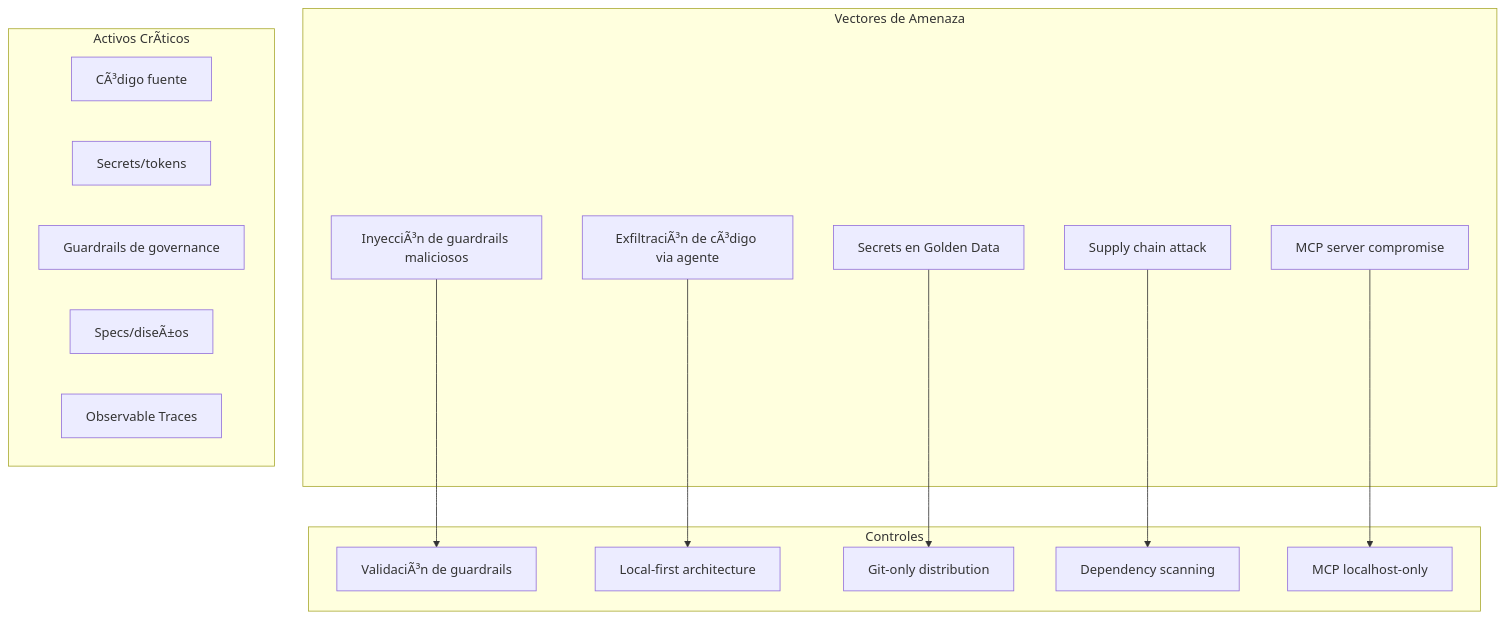
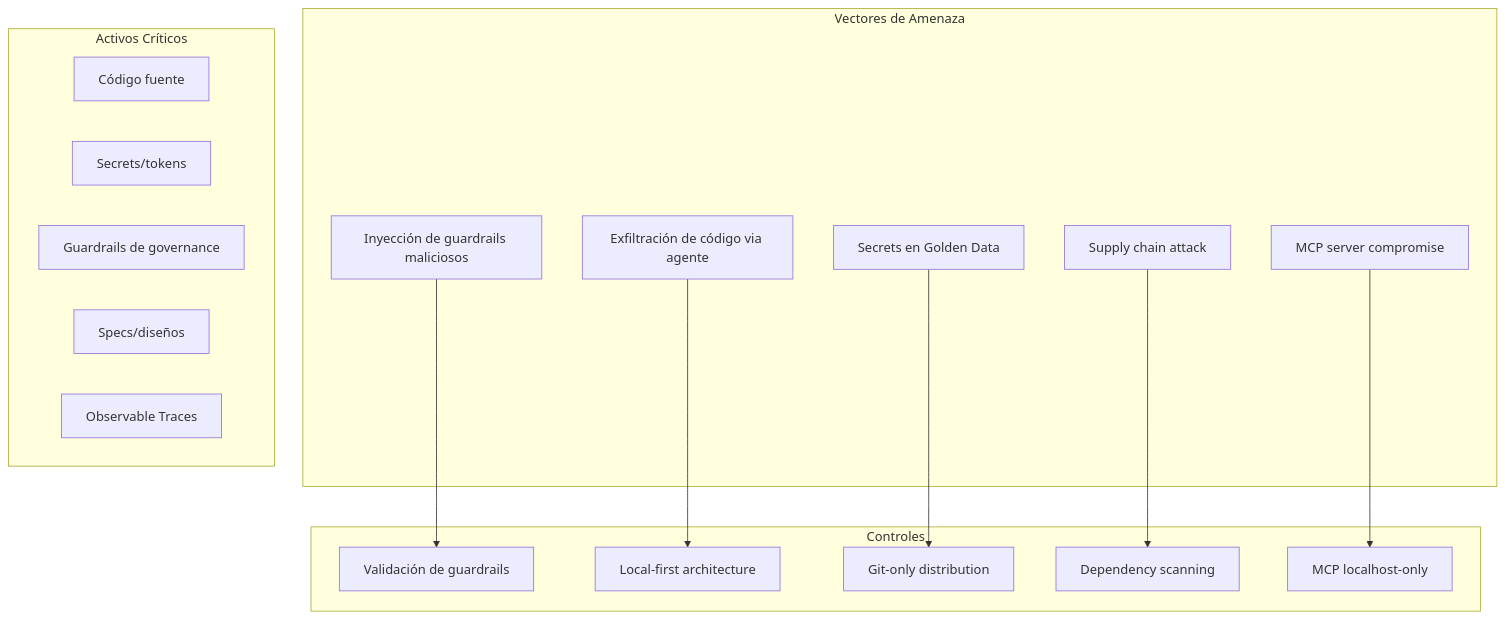
Before and after one commit to humansys/raise: the first of 4 diagrams in docs/framework/v2/13-security-compliance-v2_1.md, drawn with Mermaid. The commit also changed other lines of this file and 9 other files, not shown here.

````diff
--- a/docs/framework/v2/13-security-compliance-v2_1.md
+++ b/docs/framework/v2/13-security-compliance-v2_1.md
@@ -12,32 +12,32 @@
 ```mermaid
 flowchart TB
     subgraph Threats["Vectores de Amenaza"]
-        T1[InyecciÃ³n de guardrails maliciosos]
-        T2[ExfiltraciÃ³n de cÃ³digo via agente]
+        T1[Inyección de guardrails maliciosos]
+        T2[Exfiltración de código via agente]
         T3[Secrets en Golden Data]
         T4[Supply chain attack]
         T5[MCP server compromise]
     end
     
-    subgraph Assets["Activos CrÃ­ticos"]
-        A1[CÃ³digo fuente]
+    subgraph Assets["Activos Críticos"]
+        A1[Código fuente]
         A2[Secrets/tokens]
         A3[Guardrails de governance]
-        A4[Specs/diseÃ±os]
+        A4[Specs/diseños]
         A5[Observable Traces]
     end
     
     subgraph Controls["Controles"]
-        C1[ValidaciÃ³n de guardrails]
+        C1[Validación de guardrails]
         C2[Local-first architecture]
         C3[Git-only distribution]
         C4[Dependency scanning]
         C5[MCP localhost-only]
     end
     
     T1 --> C1
     T2 --> C2
     T3 --> C3
     T4 --> C4
     T5 --> C5
 ```
````
